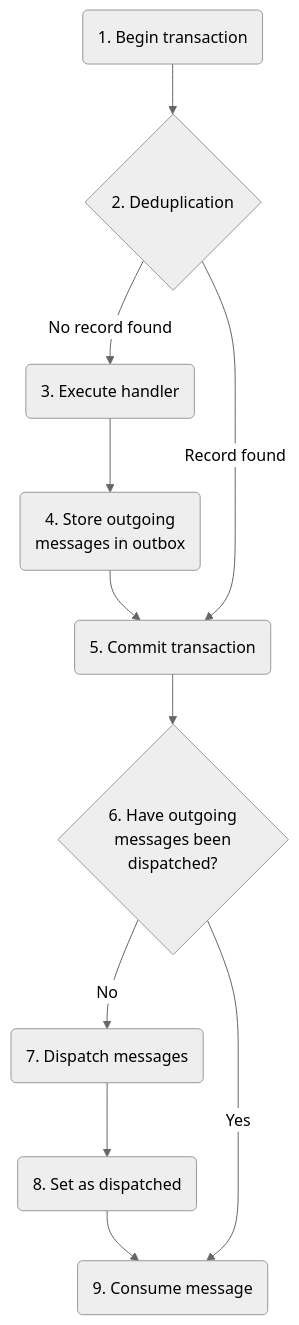
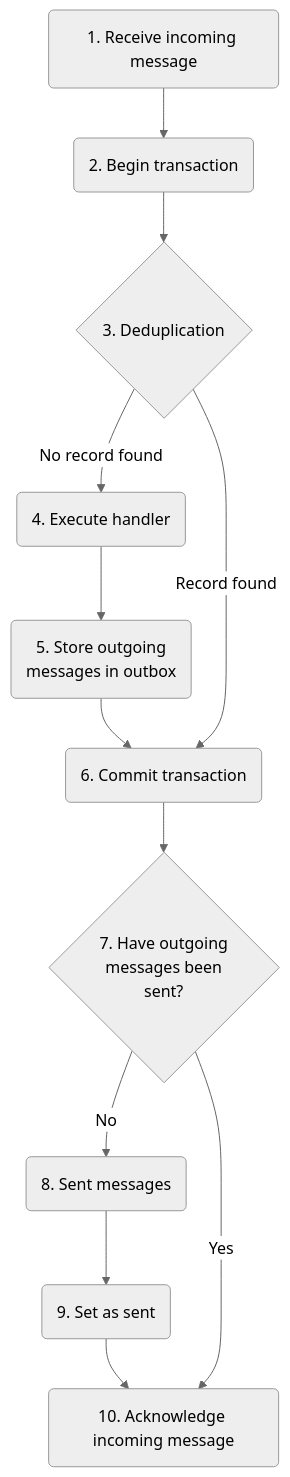
The diagram in nservicebus/outbox/index.md (Particular/docs.particular.net), drawn with Mermaid (neutral theme) before and after one commit. The commit also changed other lines of this file, not shown here.

Commit message:
editorial review of recent changes to outbox docs

````diff
--- a/nservicebus/outbox/index.md
+++ b/nservicebus/outbox/index.md
@@ -46,24 +46,26 @@
 ```mermaid
 graph TD
-  createTx(1. Begin transaction)
-  dedupe{2. Deduplication}
-  handler(3. Execute handler)
-  storeOutbox(4. Store outgoing<br/>messages in outbox)
-  commitTx(5. Commit transaction)
-  isDispatched{6. Have outgoing<br/>messages been<br/>dispatched?}
-  dispatch(7. Dispatch messages)
-  updateOutbox(8. Set as dispatched)
-  ack(9. Consume message)
+  receiveMessage(1. Receive incoming message)
+  createTx(2. Begin transaction)
+  dedupe{3. Deduplication}
+  handler(4. Execute handler)
+  storeOutbox(5. Store outgoing<br/>messages in outbox)
+  commitTx(6. Commit transaction)
+  areSent{7. Have outgoing<br/>messages been<br/>sent?}
+  send(8. Sent messages)
+  updateOutbox(9. Set as sent)
+  ack(10. Acknowledge incoming message)
 
+  receiveMessage-->createTx
   createTx-->dedupe
   dedupe-- No record found -->handler
   handler-->storeOutbox
   storeOutbox-->commitTx
-  commitTx-->isDispatched
-  dispatch-->updateOutbox
+  commitTx-->areSent
+  send-->updateOutbox
   updateOutbox-->ack
 
   dedupe-- Record found -->commitTx
-  isDispatched-- No -->dispatch
-  isDispatched-- Yes -->ack
+  areSent-- No -->send
+  areSent-- Yes -->ack
 ```
````
